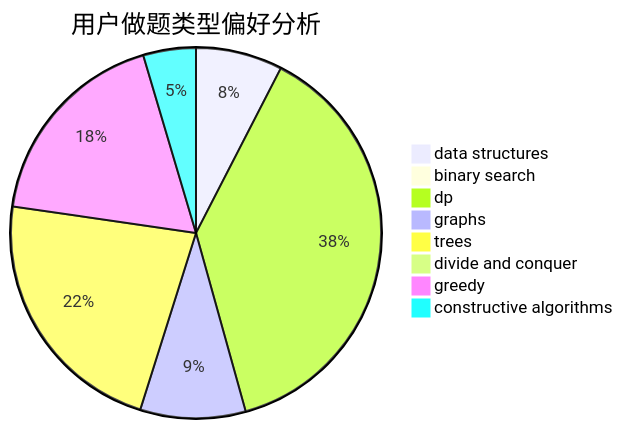
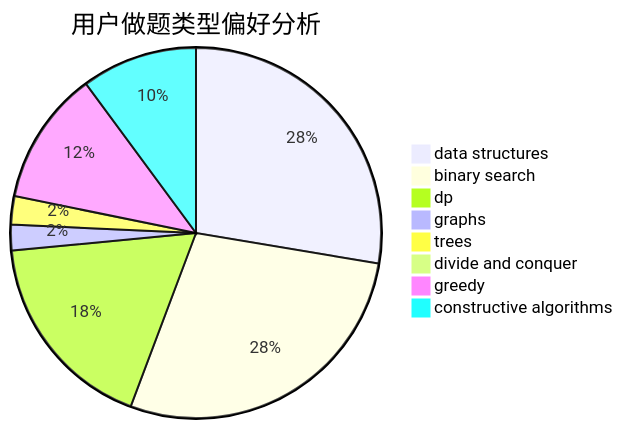
One commit to sherpahu/cfrs.github.io changed the second of 3 diagrams in docs/user/u2007.md. Above: the diagram before and after it, drawn with Mermaid. The commit also changed other lines of this file and 2770 other files, not shown here.

````diff
--- a/docs/user/u2007.md
+++ b/docs/user/u2007.md
@@ -23,11 +23,11 @@
 ```mermaid
 pie title 用户做题类型偏好分析
-    "data structures" :  28
-    "binary search" :  1
-    "dp" :  141
-    "graphs" :  34
-    "trees" :  83
+    "data structures" :  123
+    "binary search" :  125
+    "dp" :  79
+    "graphs" :  10
+    "trees" :  11
     "divide and conquer" :  0
-    "greedy" :  67
-    "constructive algorithms" :  17
+    "greedy" :  52
+    "constructive algorithms" :  45
 ```
````
